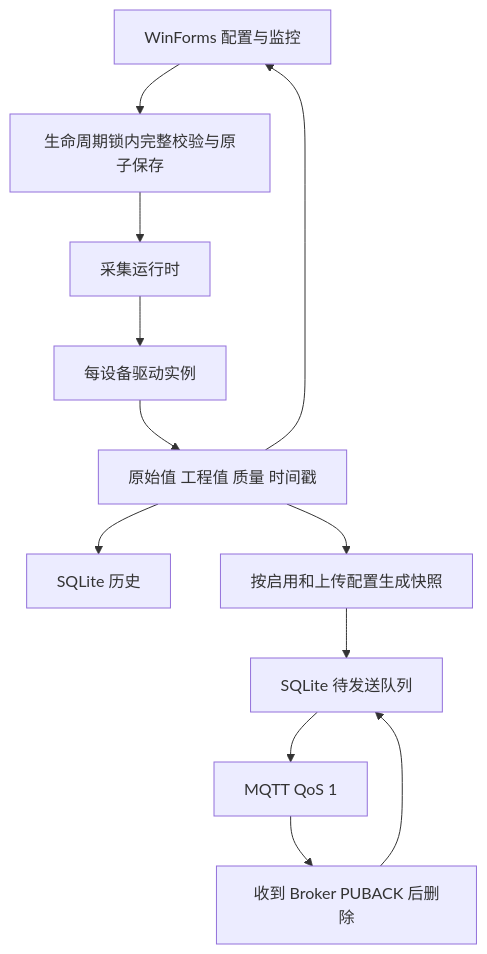
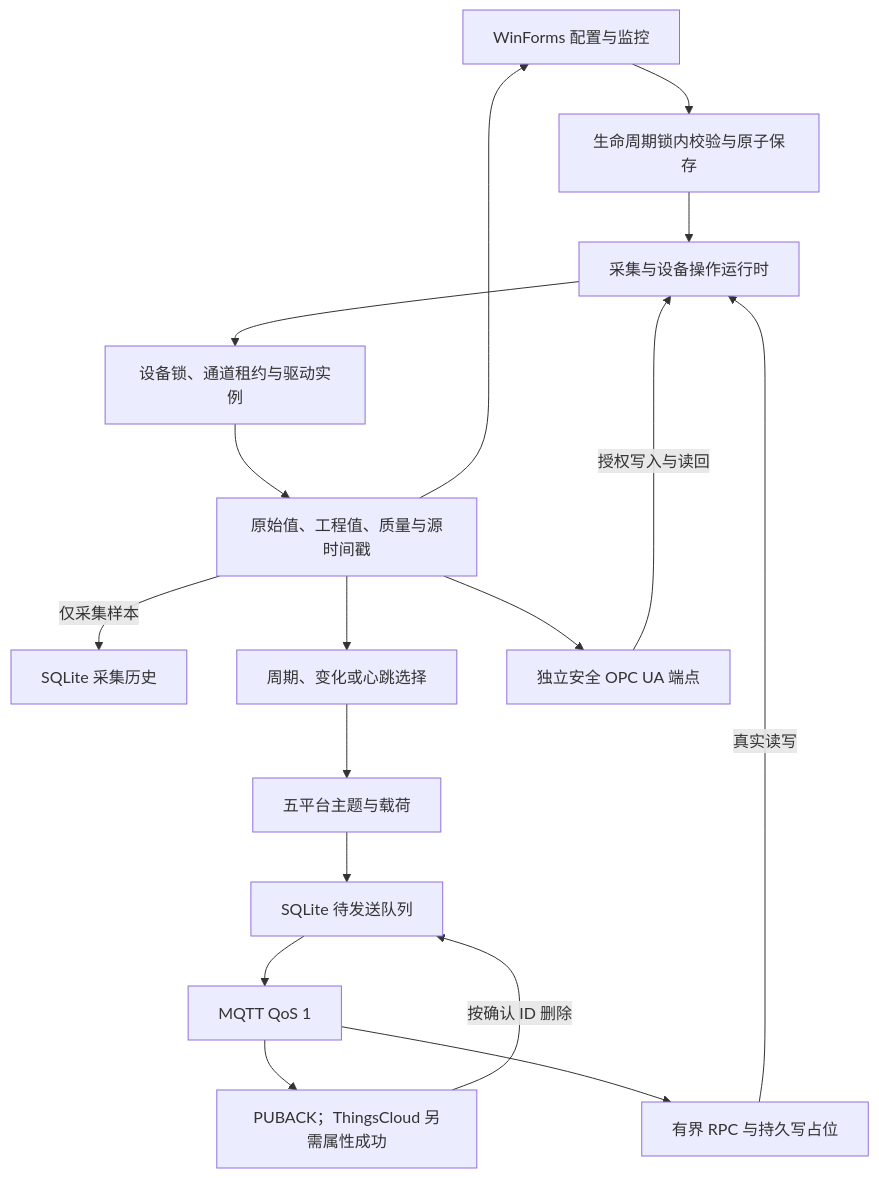
Before and after one commit to kingtentx/edge-gateway: the diagram in .agents/skills/develop-edge-gateway/references/architecture.md, drawn with Mermaid. The commit also changed other lines of this file and 13 other files, not shown here.

````diff
--- a/.agents/skills/develop-edge-gateway/references/architecture.md
+++ b/.agents/skills/develop-edge-gateway/references/architecture.md
@@ -20,14 +21,19 @@
 ```mermaid
 flowchart TD
-    UI[WinForms 配置与监控] --> Config[生命周期锁内完整校验与原子保存]
-    Config --> Runtime[采集运行时]
-    Runtime --> Drivers[每设备驱动实例]
-    Drivers --> Samples[原始值 工程值 质量 时间戳]
+    UI["WinForms 配置与监控"] --> Config["生命周期锁内校验与原子保存"]
+    Config --> Runtime["采集与设备操作运行时"]
+    Runtime --> Drivers["设备锁、通道租约与驱动实例"]
+    Drivers --> Samples["原始值、工程值、质量与源时间戳"]
     Samples --> UI
-    Samples --> History[SQLite 历史]
-    Samples --> Snapshot[按启用和上传配置生成快照]
-    Snapshot --> Outbox[SQLite 待发送队列]
-    Outbox --> MQTT[MQTT QoS 1]
-    MQTT --> Ack[收到 Broker PUBACK 后删除]
-    Ack --> Outbox
+    Samples -->|"仅采集样本"| History["SQLite 采集历史"]
+    Samples --> Report["周期、变化或心跳选择"]
+    Samples --> UA["独立安全 OPC UA 端点"]
+    Report --> Adapter["五平台主题与载荷"]
+    Adapter --> Outbox["SQLite 待发送队列"]
+    Outbox --> MQTT["MQTT QoS 1"]
+    MQTT --> Ack["PUBACK；ThingsCloud 另需属性成功"]
+    Ack -->|"按确认 ID 删除"| Outbox
+    MQTT --> RPC["有界 RPC 与持久写占位"]
+    RPC -->|"真实读写"| Runtime
+    UA -->|"授权写入与读回"| Runtime
 ```
````
